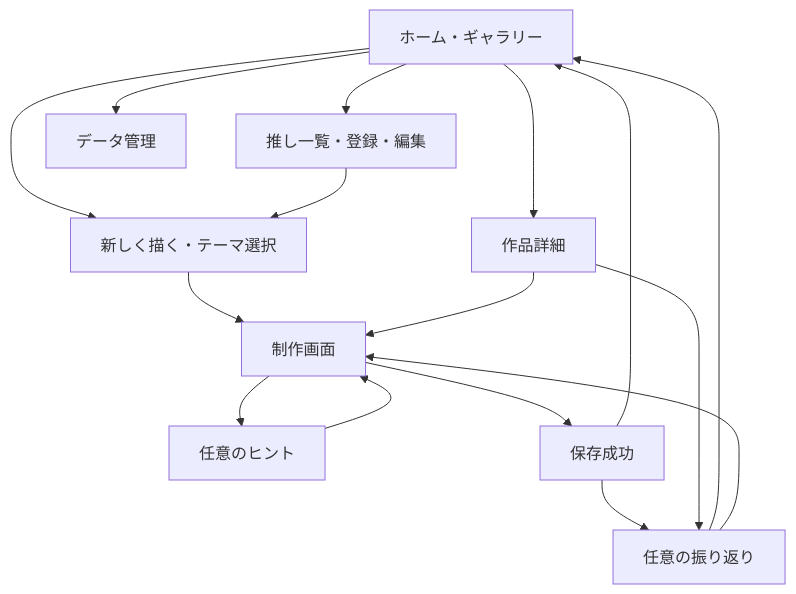
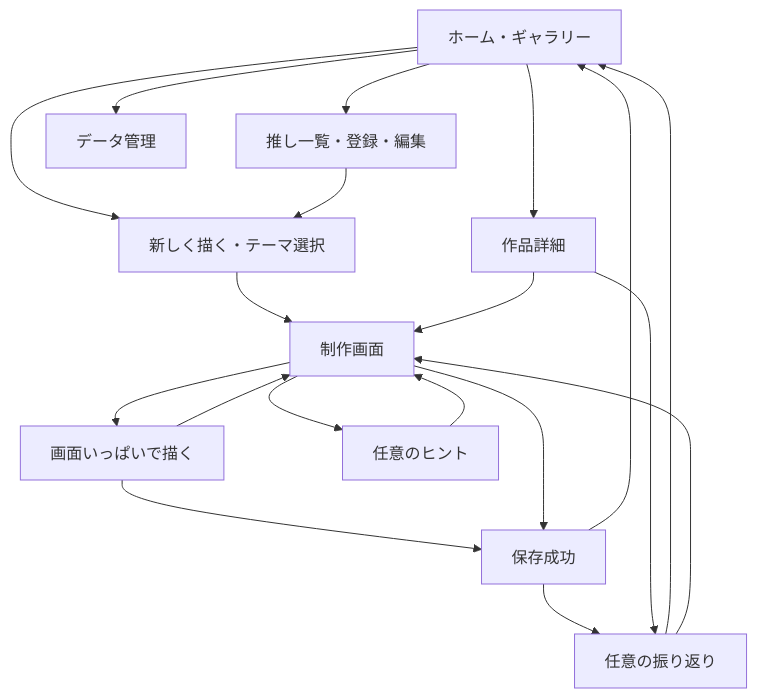
The diagram in docs/SCREEN_FLOW.md (ahiinaamanehara-jpg/-), drawn with Mermaid before and after one commit. The commit also changed other lines of this file and 26 other files, not shown here.

````diff
--- a/docs/SCREEN_FLOW.md
+++ b/docs/SCREEN_FLOW.md
@@ -5,18 +5,21 @@
 ```mermaid
 flowchart TD
   A[ホーム・ギャラリー] --> B[推し一覧・登録・編集]
   A --> C[新しく描く・テーマ選択]
   B --> C
   C --> D[制作画面]
   A --> E[作品詳細]
   E --> D
+  D --> F[画面いっぱいで描く]
+  F --> D
+  F --> S[保存成功]
   D --> H[任意のヒント]
   H --> D
   D --> S[保存成功]
   S --> R[任意の振り返り]
   S --> A
   R --> A
   R --> D
   E --> R
   A --> M[データ管理]
 ```
````
